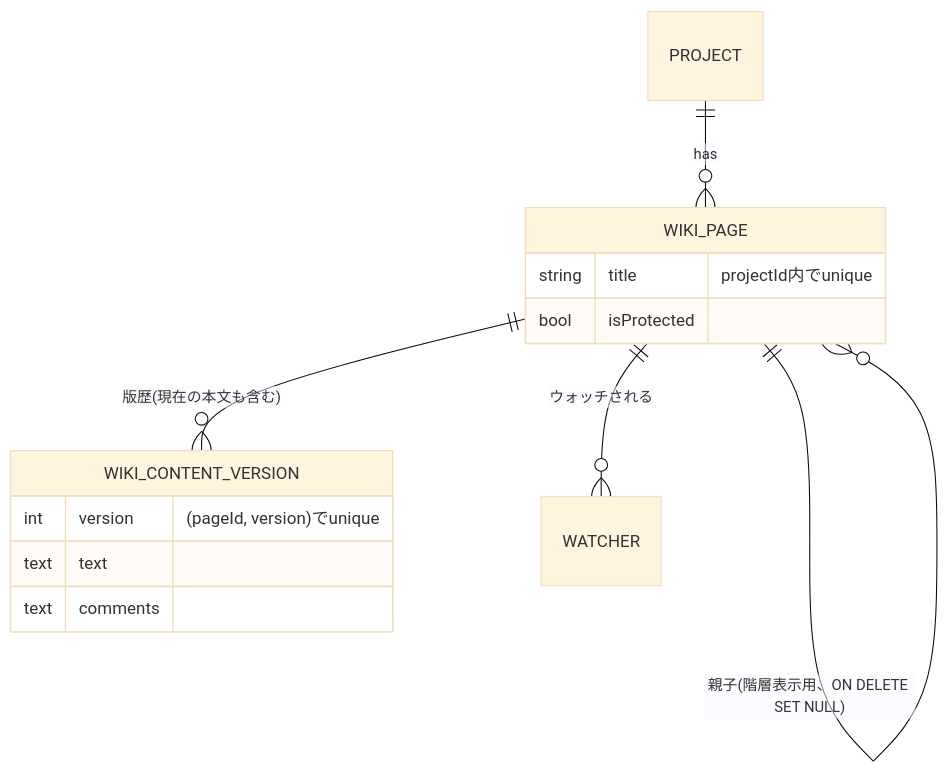
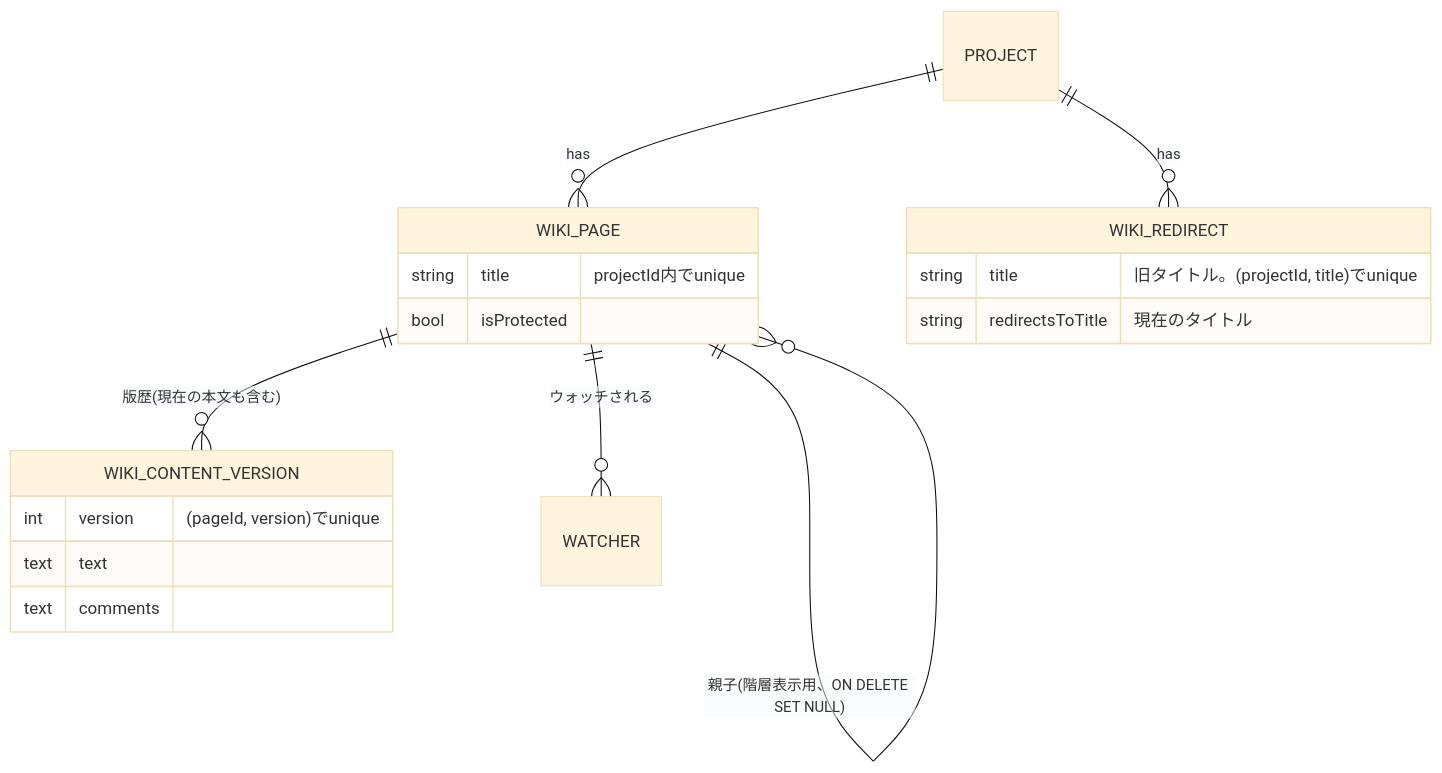
The third of 8 diagrams in docs/design/domain-model.md (ip-san/next-pm), drawn with Mermaid (base theme) before and after one commit. The commit also changed other lines of this file and 20 other files, not shown here.

First line of the commit message:
Add Wiki page rename with redirect support

````diff
--- a/docs/design/domain-model.md
+++ b/docs/design/domain-model.md
@@ -99,17 +99,22 @@
 ```mermaid
 erDiagram
     PROJECT ||--o{ WIKI_PAGE : has
+    PROJECT ||--o{ WIKI_REDIRECT : has
     WIKI_PAGE ||--o{ WIKI_PAGE : "親子(階層表示用、ON DELETE SET NULL)"
     WIKI_PAGE ||--o{ WIKI_CONTENT_VERSION : "版歴(現在の本文も含む)"
     WIKI_PAGE ||--o{ WATCHER : "ウォッチされる"
 
     WIKI_PAGE {
         string title "projectId内でunique"
         bool isProtected
     }
     WIKI_CONTENT_VERSION {
         int version "(pageId, version)でunique"
         text text
         text comments
     }
+    WIKI_REDIRECT {
+        string title "旧タイトル。(projectId, title)でunique"
+        string redirectsToTitle "現在のタイトル"
+    }
 ```
````
